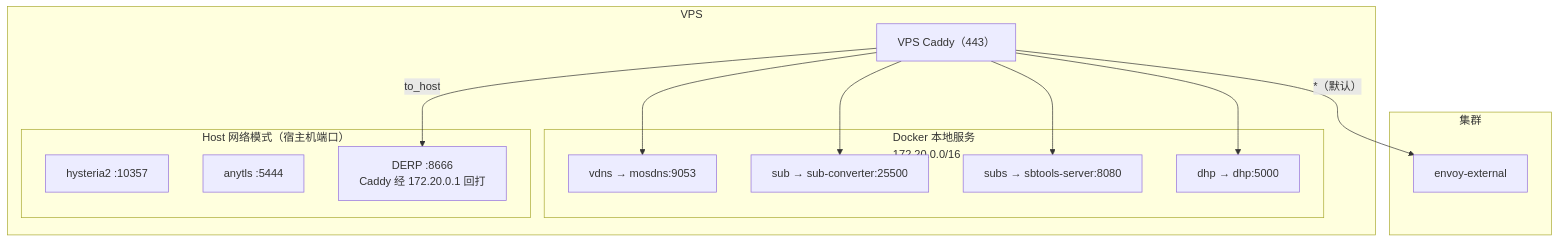
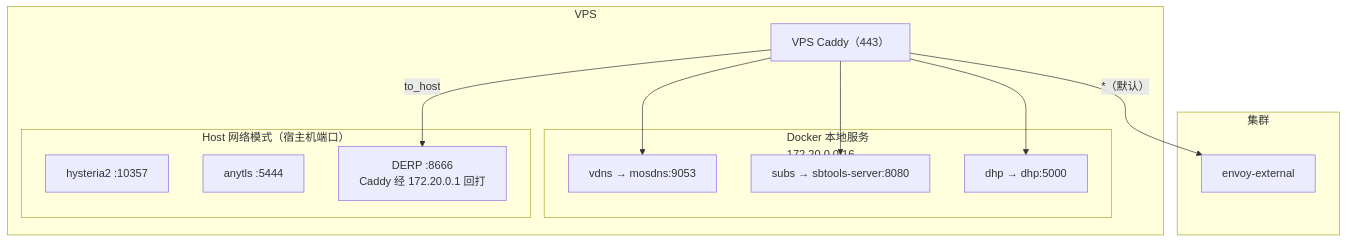
The fifth of 8 diagrams in docs/ARCHITECTURE.md (shelken/home-ops), drawn with Mermaid before and after one commit. The commit also changed other lines of this file, not shown here.

First line of the commit message:
docs(architecture): 移除已停用的 sub-converter (#1795)

````diff
--- a/docs/ARCHITECTURE.md
+++ b/docs/ARCHITECTURE.md
@@ -349,32 +349,30 @@
 ```mermaid
 
 graph TB
     subgraph VPS["VPS"]
         Caddy["VPS Caddy（443）"]
 
         subgraph LOCAL["Docker 本地服务<br/>172.20.0.0/16"]
             mosdns["vdns → mosdns:9053"]
-            subconv["sub → sub-converter:25500"]
             sbtools["subs → sbtools-server:8080"]
             dhp["dhp → dhp:5000"]
         end
 
         subgraph HOST["Host 网络模式（宿主机端口）"]
             hysteria2["hysteria2 :10357"]
             anytls["anytls :5444"]
             derp["DERP :8666<br/>Caddy 经 172.20.0.1 回打"]
         end
     end
 
     subgraph CLUSTER["集群"]
         Envoy["envoy-external"]
     end
 
     Caddy -->|"*（默认）"| Envoy
     Caddy --> mosdns
-    Caddy --> subconv
     Caddy --> sbtools
     Caddy --> dhp
     Caddy -->|"to_host"| derp
 
 ```
````
